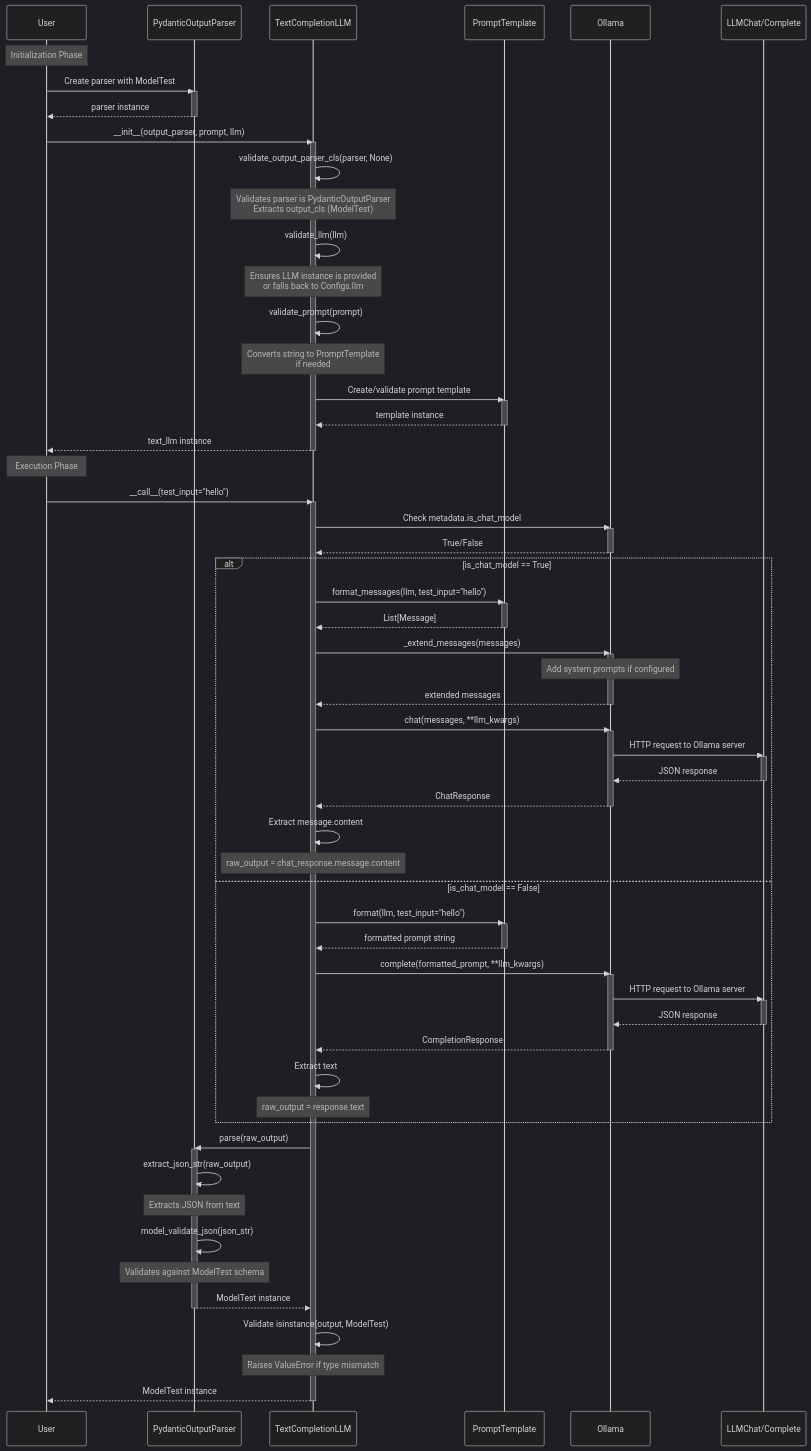
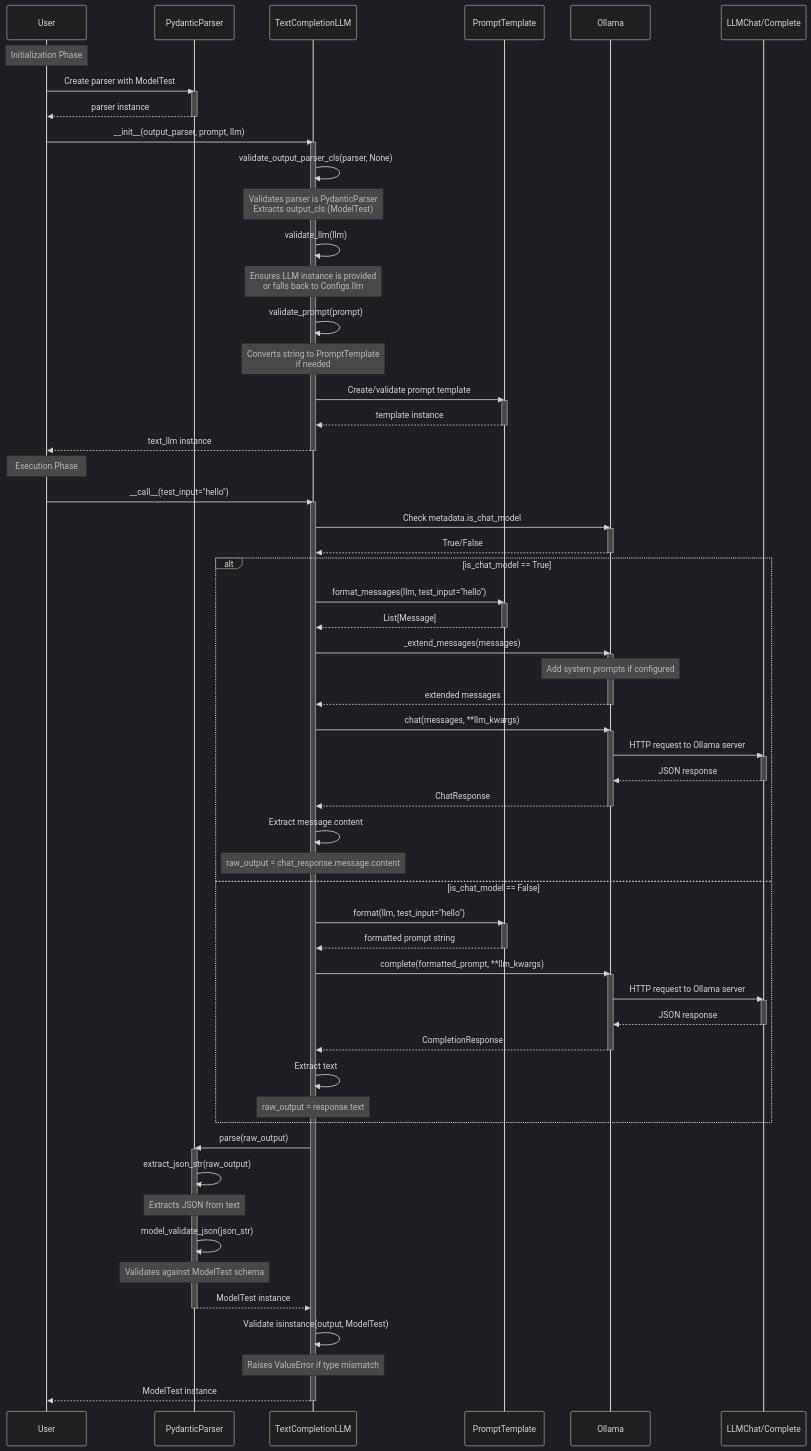
One commit to Serapieum-of-alex/serapeum changed the diagram in docs/reference/structured_tools/text_completion_llm/text_completion_llm_sequence.md. Above: the diagram before and after it, drawn with Mermaid (dark theme). The commit also changed 6 other files, not shown here.

Commit message:
rename BaseOutputParser to BaseParser and PydanticOutputParser to PydanticParser

````diff
--- a/docs/reference/structured_tools/text_completion_llm/text_completion_llm_sequence.md
+++ b/docs/reference/structured_tools/text_completion_llm/text_completion_llm_sequence.md
@@ -5,23 +5,23 @@
 ```mermaid
 sequenceDiagram
     participant User
-    participant PydanticOutputParser
+    participant PydanticParser
     participant TextCompletionLLM
     participant PromptTemplate
     participant Ollama
     participant LLMChat/Complete
 
     Note over User: Initialization Phase
-    User->>PydanticOutputParser: Create parser with ModelTest
-    activate PydanticOutputParser
-    PydanticOutputParser-->>User: parser instance
-    deactivate PydanticOutputParser
+    User->>PydanticParser: Create parser with ModelTest
+    activate PydanticParser
+    PydanticParser-->>User: parser instance
+    deactivate PydanticParser
 
     User->>TextCompletionLLM: __init__(output_parser, prompt, llm)
     activate TextCompletionLLM
 
     TextCompletionLLM->>TextCompletionLLM: validate_output_parser_cls(parser, None)
-    Note over TextCompletionLLM: Validates parser is PydanticOutputParser<br/>Extracts output_cls (ModelTest)
+    Note over TextCompletionLLM: Validates parser is PydanticParser<br/>Extracts output_cls (ModelTest)
 
     TextCompletionLLM->>TextCompletionLLM: validate_llm(llm)
     Note over TextCompletionLLM: Ensures LLM instance is provided<br/>or falls back to Configs.llm
@@ -88,16 +88,16 @@
         Note over TextCompletionLLM: raw_output = response.text
     end
 
-    TextCompletionLLM->>PydanticOutputParser: parse(raw_output)
-    activate PydanticOutputParser
-    PydanticOutputParser->>PydanticOutputParser: extract_json_str(raw_output)
-    Note over PydanticOutputParser: Extracts JSON from text
+    TextCompletionLLM->>PydanticParser: parse(raw_output)
+    activate PydanticParser
+    PydanticParser->>PydanticParser: extract_json_str(raw_output)
+    Note over PydanticParser: Extracts JSON from text
 
-    PydanticOutputParser->>PydanticOutputParser: model_validate_json(json_str)
-    Note over PydanticOutputParser: Validates against ModelTest schema
+    PydanticParser->>PydanticParser: model_validate_json(json_str)
+    Note over PydanticParser: Validates against ModelTest schema
 
-    PydanticOutputParser-->>TextCompletionLLM: ModelTest instance
-    deactivate PydanticOutputParser
+    PydanticParser-->>TextCompletionLLM: ModelTest instance
+    deactivate PydanticParser
 
     TextCompletionLLM->>TextCompletionLLM: Validate isinstance(output, ModelTest)
     Note over TextCompletionLLM: Raises ValueError if type mismatch
````
